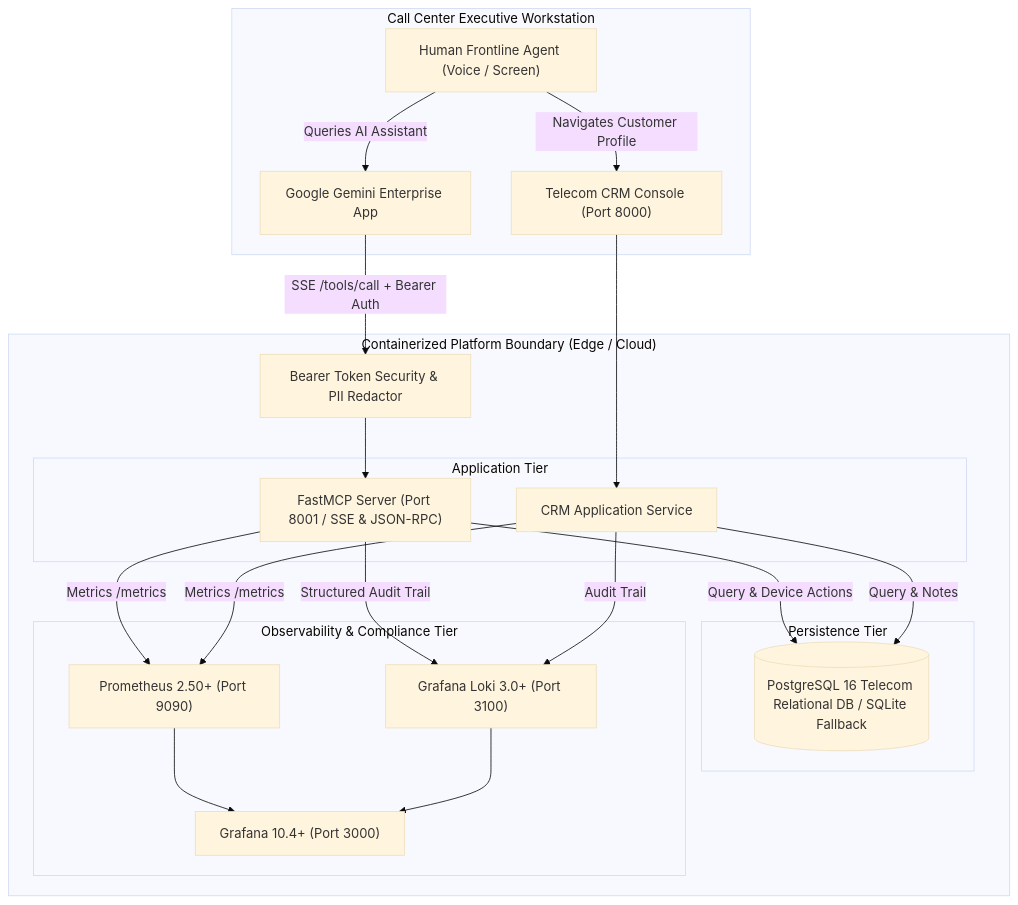
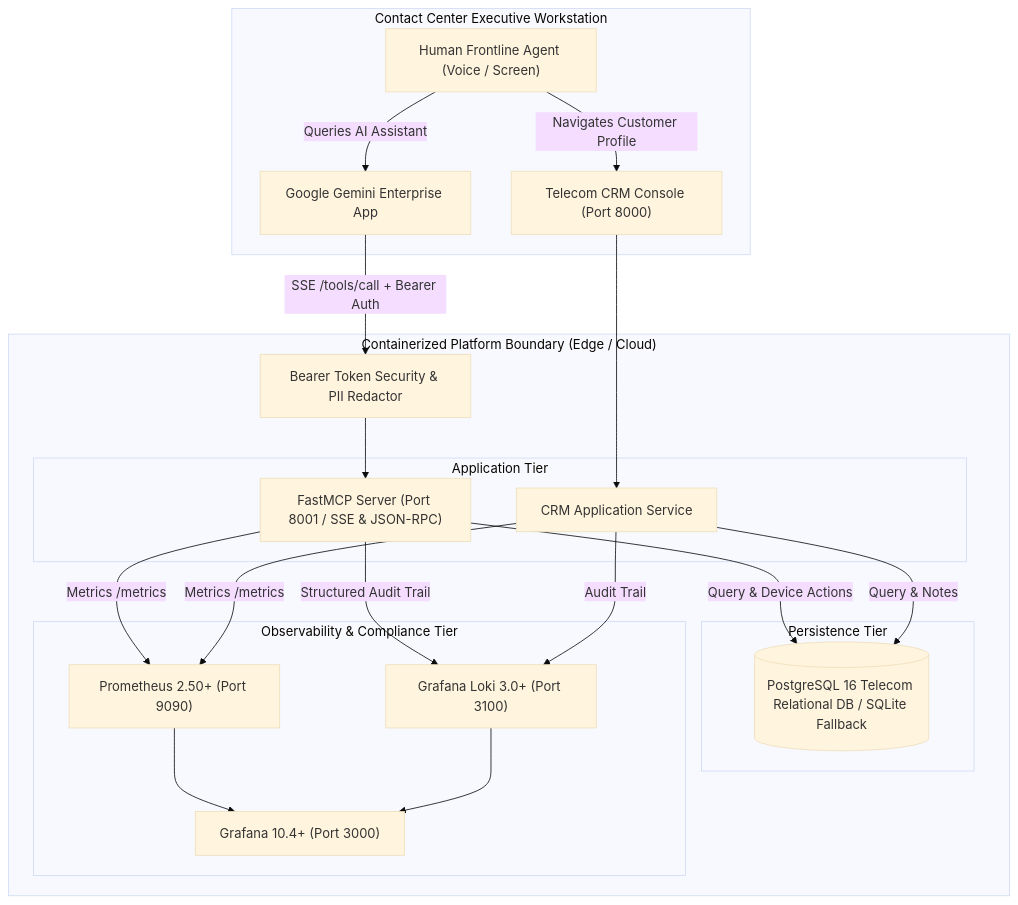
One commit to pradeesi/HybridAI changed the diagram in README.md. Above: the diagram before and after it, drawn with Mermaid (base theme). The commit also changed other lines of this file and 5 other files, not shown here.

Commit message:
refactor(terminology): replace Call Center with Contact Center across code and documentation

````diff
--- a/README.md
+++ b/README.md
@@ -24,43 +24,43 @@
 ```mermaid
 graph TD
-    subgraph AgentWorkstation["Call Center Executive Workstation"]
+    subgraph AgentWorkstation["Contact Center Executive Workstation"]
         Agent["Human Frontline Agent (Voice / Screen)"]
         CRM_UI["Telecom CRM Console (Port 8000)"]
         GE_App["Google Gemini Enterprise App"]
     end
 
     subgraph PlatformPerimeter["Containerized Platform Boundary (Edge / Cloud)"]
         AuthGuard["Bearer Token Security & PII Redactor"]
         
         subgraph AppServices["Application Tier"]
             MCP_Server["FastMCP Server (Port 8001 / SSE & JSON-RPC)"]
             CRM_Backend["CRM Application Service"]
         end
 
         subgraph DataTier["Persistence Tier"]
             PG[(PostgreSQL 16 Telecom Relational DB / SQLite Fallback)]
         end
 
         subgraph TelemetryTier["Observability & Compliance Tier"]
             Prometheus["Prometheus 2.50+ (Port 9090)"]
             Loki["Grafana Loki 3.0+ (Port 3100)"]
             Grafana["Grafana 10.4+ (Port 3000)"]
         end
     end
 
     Agent -->|Navigates Customer Profile| CRM_UI
     Agent -->|Queries AI Assistant| GE_App
     CRM_UI --> CRM_Backend
     GE_App -->|SSE /tools/call + Bearer Auth| AuthGuard
     AuthGuard --> MCP_Server
     
     MCP_Server -->|Query & Device Actions| PG
     CRM_Backend -->|Query & Notes| PG
     
     MCP_Server -->|Structured Audit Trail| Loki
     CRM_Backend -->|Audit Trail| Loki
     MCP_Server -->|Metrics /metrics| Prometheus
     CRM_Backend -->|Metrics /metrics| Prometheus
     Prometheus --> Grafana
     Loki --> Grafana
 ```
````
